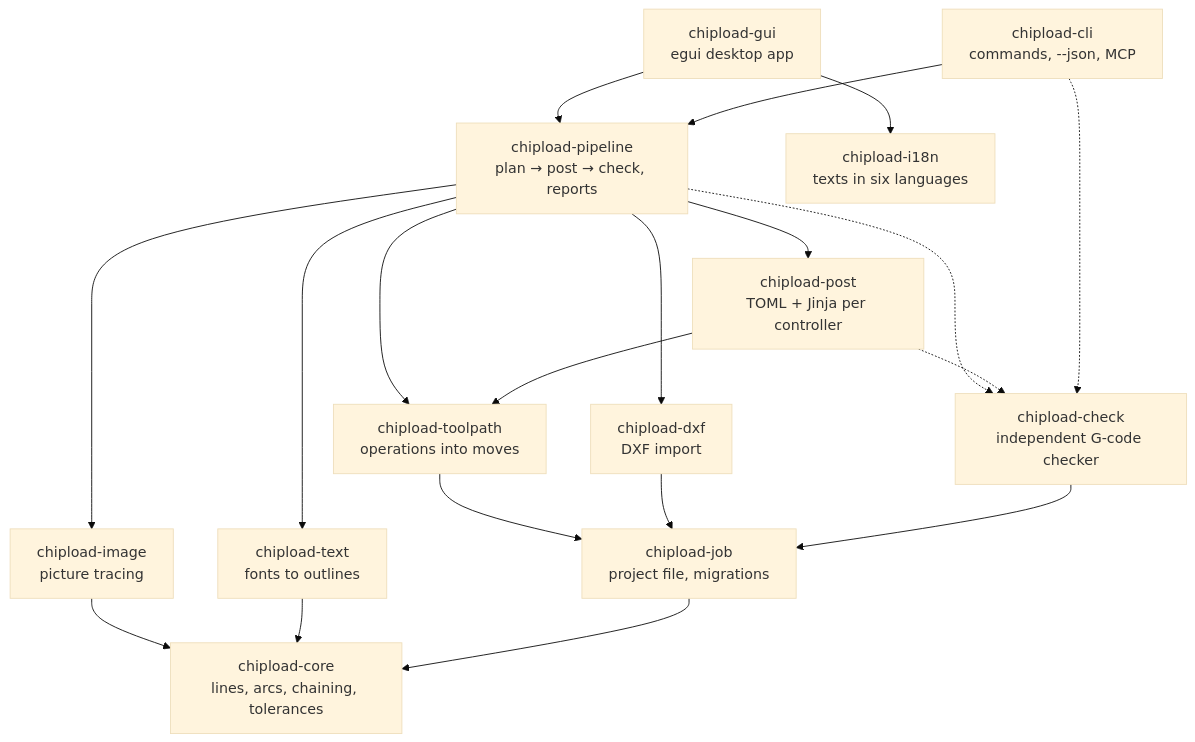
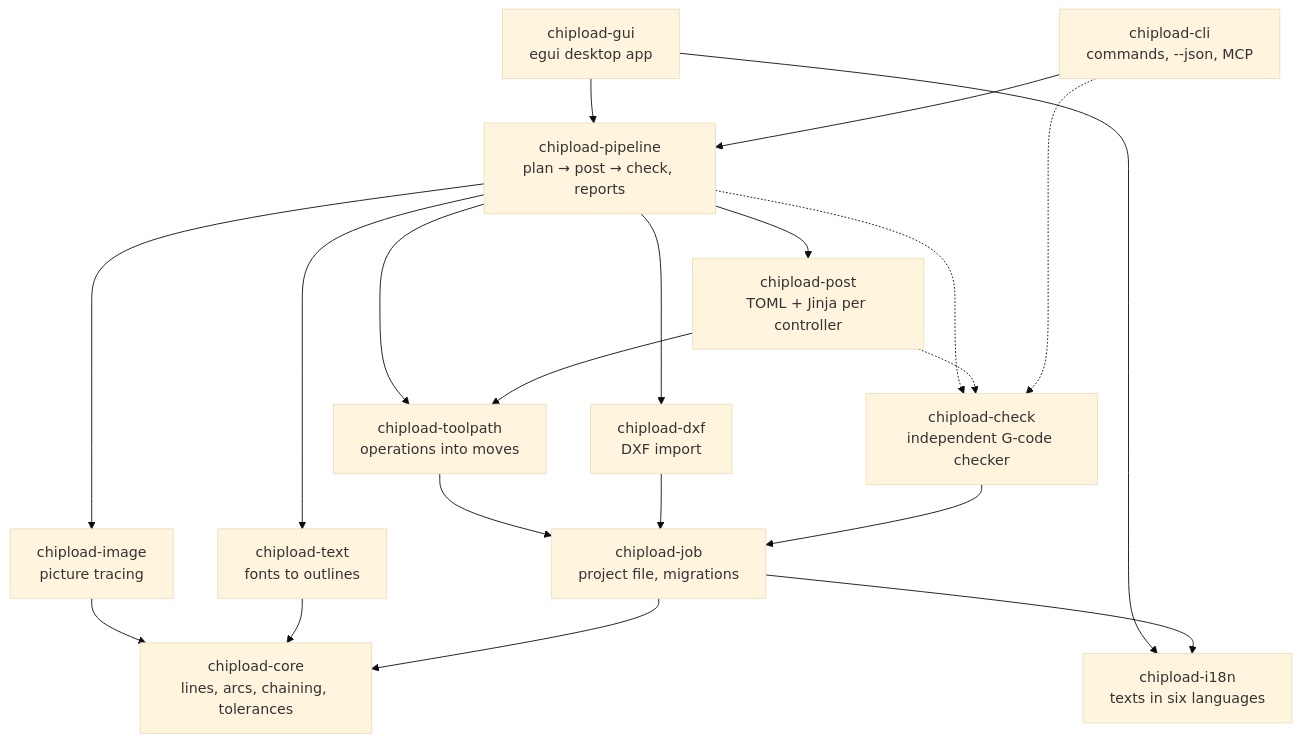
One commit to chipload/chipload changed the diagram in docs/architecture.md. Above: the diagram before and after it, drawn with Mermaid (base theme). The commit also changed other lines of this file and 72 other files, not shown here.

````diff
--- a/docs/architecture.md
+++ b/docs/architecture.md
@@ -15,21 +15,22 @@
 ```mermaid
 flowchart TB
     gui["chipload-gui<br/>egui desktop app"] --> pipeline
     cli["chipload-cli<br/>commands, --json, MCP"] --> pipeline
     pipeline["chipload-pipeline<br/>plan → post → check, reports"] --> post
     pipeline --> toolpath & dxf & image & text
     post["chipload-post<br/>TOML + Jinja per controller"] --> toolpath
     toolpath["chipload-toolpath<br/>operations into moves"] --> job
     dxf["chipload-dxf<br/>DXF import"] --> job
     image["chipload-image<br/>picture tracing"] --> core
     text["chipload-text<br/>fonts to outlines"] --> core
     job["chipload-job<br/>project file, migrations"] --> core
     core["chipload-core<br/>lines, arcs, chaining, tolerances"]
     i18n["chipload-i18n<br/>texts in six languages"]
     gui --> i18n
+    job --> i18n
 
     check["chipload-check<br/>independent G-code checker"] --> job
     pipeline -.-> check
     post -.-> check
     cli -.-> check
 ```
````
